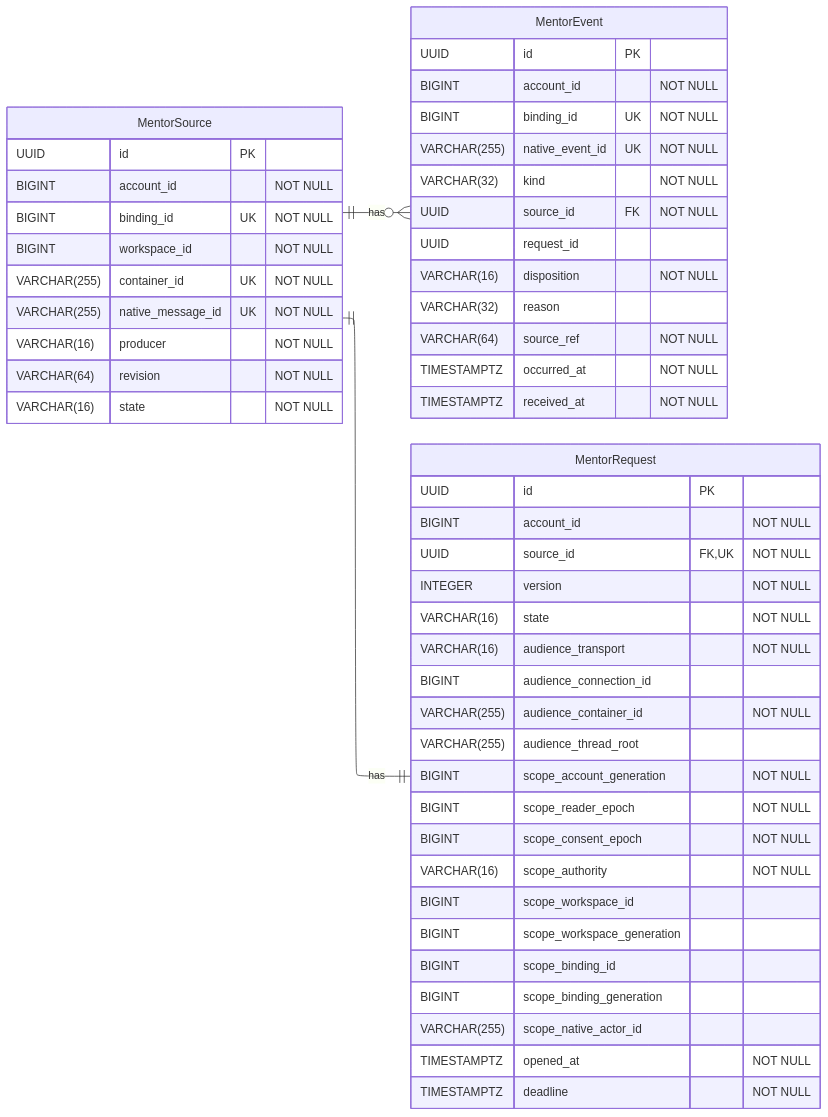
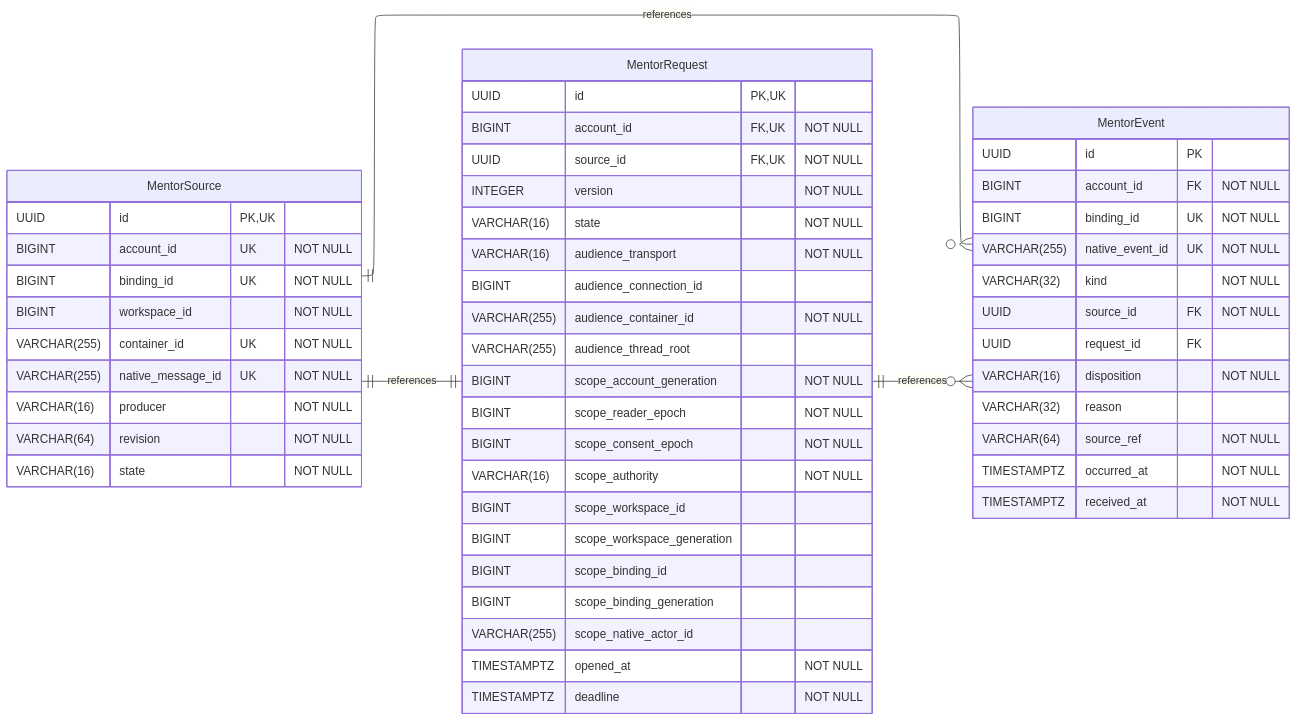
The diagram in docs/contributor/erd/mentor.mmd (hephaestus-build/Hephaestus), drawn with Mermaid before and after one commit. The commit also changed 4 other files, not shown here.

```diff
--- a/docs/contributor/erd/mentor.mmd
+++ b/docs/contributor/erd/mentor.mmd
@@ -1,73 +1,74 @@
 ---
 config:
     layout: elk
 ---
 erDiagram
     %% Generated automatically from PostgreSQL database schema
     %% using scripts/generate-mermaid-erd.ts
     %% To regenerate: vp run db:generate-erd-docs
 
     direction LR
 
     MentorEvent {
         UUID id PK
-        BIGINT account_id "NOT NULL"
+        BIGINT account_id FK "NOT NULL"
         BIGINT binding_id UK "NOT NULL"
         VARCHAR(255) native_event_id UK "NOT NULL"
         VARCHAR(32) kind "NOT NULL"
         UUID source_id FK "NOT NULL"
-        UUID request_id
+        UUID request_id FK
         VARCHAR(16) disposition "NOT NULL"
         VARCHAR(32) reason
         VARCHAR(64) source_ref "NOT NULL"
         TIMESTAMPTZ occurred_at "NOT NULL"
         TIMESTAMPTZ received_at "NOT NULL"
     }
 
     MentorRequest {
-        UUID id PK
-        BIGINT account_id "NOT NULL"
+        UUID id PK,UK
+        BIGINT account_id FK,UK "NOT NULL"
         UUID source_id FK,UK "NOT NULL"
         INTEGER version "NOT NULL"
         VARCHAR(16) state "NOT NULL"
         VARCHAR(16) audience_transport "NOT NULL"
         BIGINT audience_connection_id
         VARCHAR(255) audience_container_id "NOT NULL"
         VARCHAR(255) audience_thread_root
         BIGINT scope_account_generation "NOT NULL"
         BIGINT scope_reader_epoch "NOT NULL"
         BIGINT scope_consent_epoch "NOT NULL"
         VARCHAR(16) scope_authority "NOT NULL"
         BIGINT scope_workspace_id
         BIGINT scope_workspace_generation
         BIGINT scope_binding_id
         BIGINT scope_binding_generation
         VARCHAR(255) scope_native_actor_id
         TIMESTAMPTZ opened_at "NOT NULL"
         TIMESTAMPTZ deadline "NOT NULL"
     }
 
     MentorSource {
-        UUID id PK
-        BIGINT account_id "NOT NULL"
+        UUID id PK,UK
+        BIGINT account_id UK "NOT NULL"
         BIGINT binding_id UK "NOT NULL"
         BIGINT workspace_id "NOT NULL"
         VARCHAR(255) container_id UK "NOT NULL"
         VARCHAR(255) native_message_id UK "NOT NULL"
         VARCHAR(16) producer "NOT NULL"
         VARCHAR(64) revision "NOT NULL"
         VARCHAR(16) state "NOT NULL"
     }
 
     %% Relationships
     %% One-to-One relationships
-    MentorSource ||--|| MentorRequest : has
+    MentorSource ||--|| MentorRequest : references
 
     %% One-to-Many relationships
-    MentorSource ||--o{ MentorEvent : has
+    MentorRequest ||--o{ MentorEvent : references
+    MentorSource ||--o{ MentorEvent : references
 
     %% Styling
     classDef primaryEntity stroke-width:2px
     classDef associationEntity stroke-width:1px
     classDef metadataEntity stroke-width:1px
     classDef referenceEntity stroke-dasharray:5 5
```
